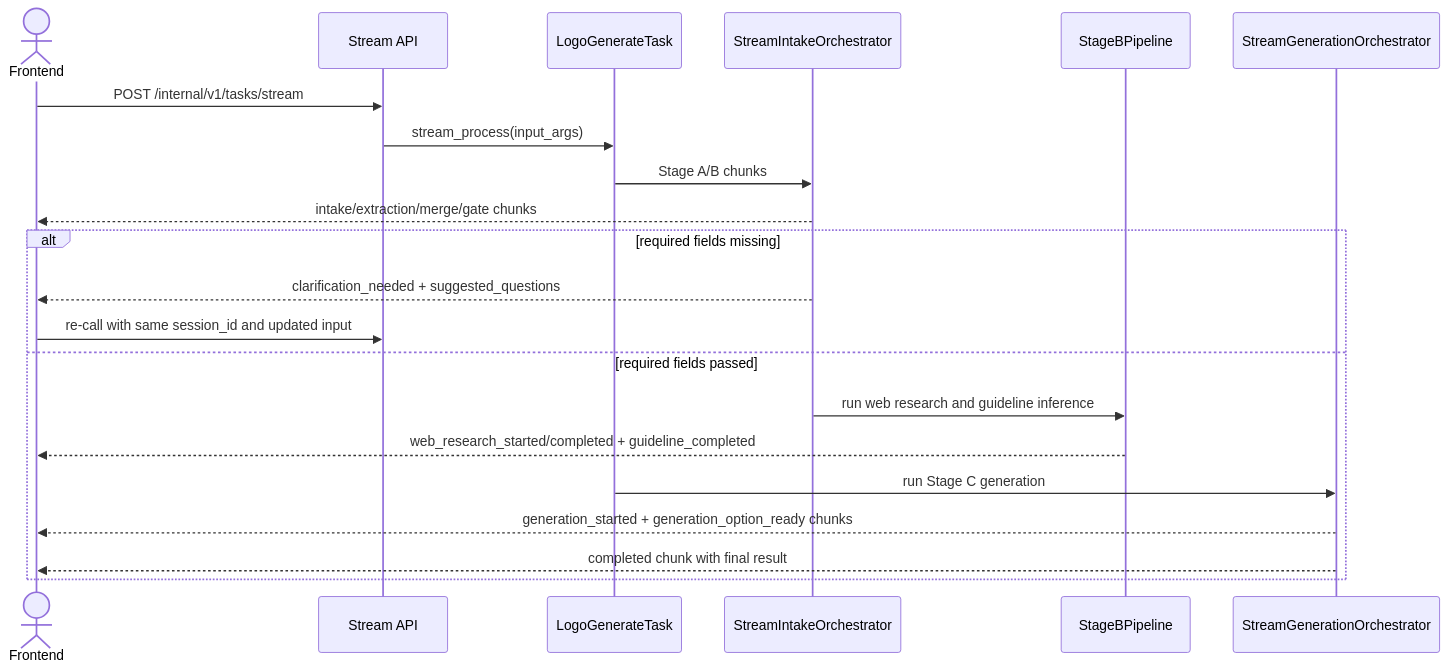
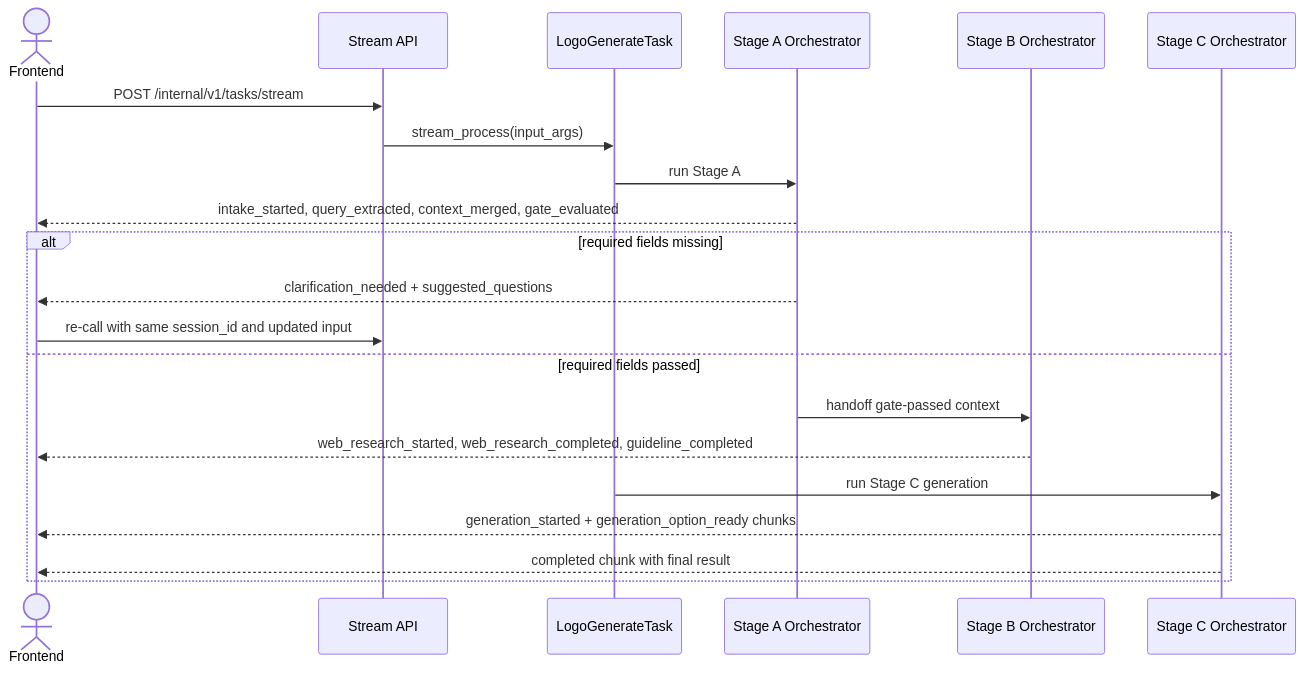
One commit to Ne4nf/Agent-Memory changed the third of 3 diagrams in architecture.md. Above: the diagram before and after it, drawn with Mermaid. The commit also changed other lines of this file, not shown here.

````diff
--- a/architecture.md
+++ b/architecture.md
@@ -218,25 +268,25 @@
 ```mermaid
 sequenceDiagram
   actor FE as Frontend
   participant ST as Stream API
   participant T as LogoGenerateTask
-  participant A as StreamIntakeOrchestrator
-  participant B as StageBPipeline
-  participant C as StreamGenerationOrchestrator
+  participant OA as Stage A Orchestrator
+  participant OB as Stage B Orchestrator
+  participant OC as Stage C Orchestrator
 
   FE->>ST: POST /internal/v1/tasks/stream
   ST->>T: stream_process(input_args)
-  T->>A: Stage A/B chunks
-  A-->>FE: intake/extraction/merge/gate chunks
+  T->>OA: run Stage A
+  OA-->>FE: intake_started, query_extracted, context_merged, gate_evaluated
 
   alt required fields missing
-    A-->>FE: clarification_needed + suggested_questions
+    OA-->>FE: clarification_needed + suggested_questions
     FE->>ST: re-call with same session_id and updated input
   else required fields passed
-    A->>B: run web research and guideline inference
-    B-->>FE: web_research_started/completed + guideline_completed
-    T->>C: run Stage C generation
-    C-->>FE: generation_started + generation_option_ready chunks
-    C-->>FE: completed chunk with final result
+    OA->>OB: handoff gate-passed context
+    OB-->>FE: web_research_started, web_research_completed, guideline_completed
+    T->>OC: run Stage C generation
+    OC-->>FE: generation_started + generation_option_ready chunks
+    OC-->>FE: completed chunk with final result
   end
 ```
````
